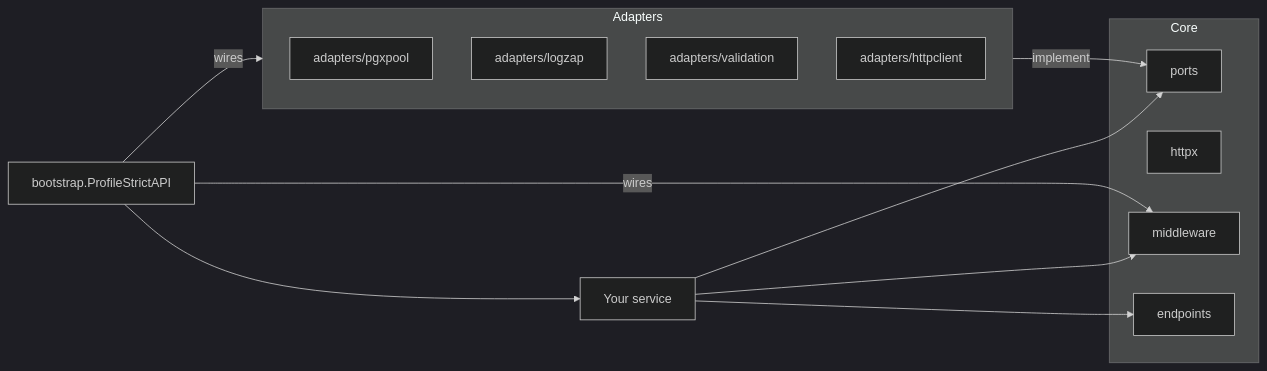
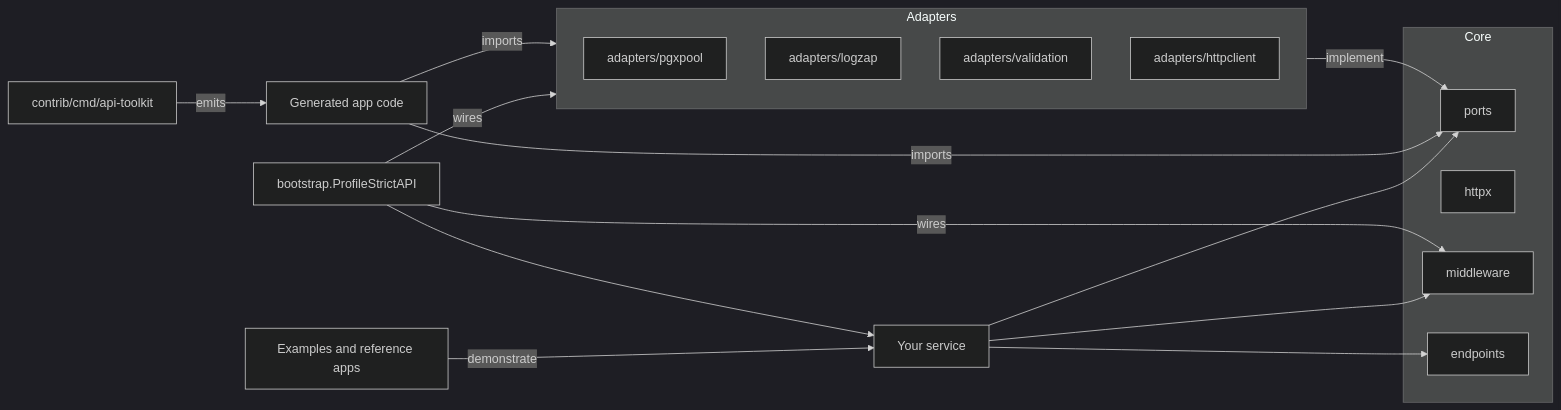
Before and after one commit to aatuh/api-toolkit: the diagram in docs/architecture.md, drawn with Mermaid (dark theme). The commit also changed other lines of this file and 6 other files, not shown here.

````diff
--- a/docs/architecture.md
+++ b/docs/architecture.md
@@ -33,28 +42,35 @@
 ```mermaid
 flowchart LR
   subgraph Core
     Ports[ports]
     Httpx[httpx]
     Middleware[middleware]
     Endpoints[endpoints]
   end
 
   subgraph Adapters
     DB[adapters/pgxpool]
     Log[adapters/logzap]
     Validate[adapters/validation]
     HTTPClient[adapters/httpclient]
   end
 
   Bootstrap[bootstrap.ProfileStrictAPI]
+  CLI[contrib/cmd/api-toolkit]
+  Generated[Generated app code]
+  Examples[Examples and reference apps]
   App[Your service]
 
   App --> Ports
   App --> Middleware
   App --> Endpoints
 
   Adapters -->|implement| Ports
   Bootstrap -->|wires| Adapters
   Bootstrap -->|wires| Middleware
+  CLI -->|emits| Generated
+  Generated -->|imports| Ports
+  Generated -->|imports| Adapters
+  Examples -->|demonstrate| App
   Bootstrap --> App
 ```
````
